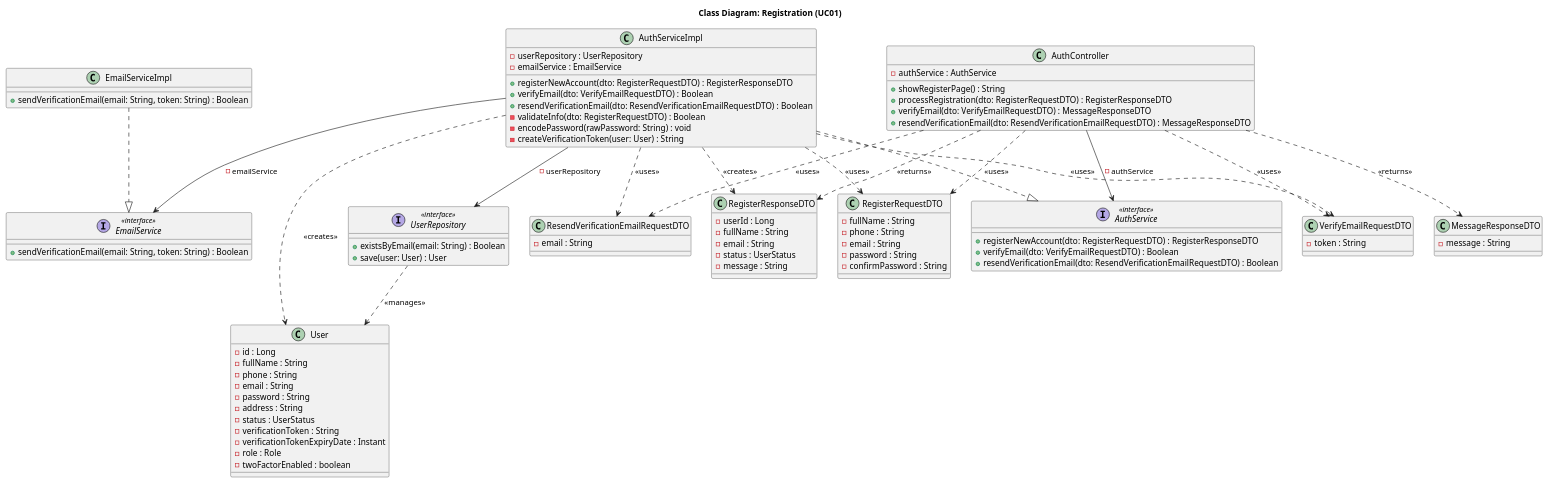
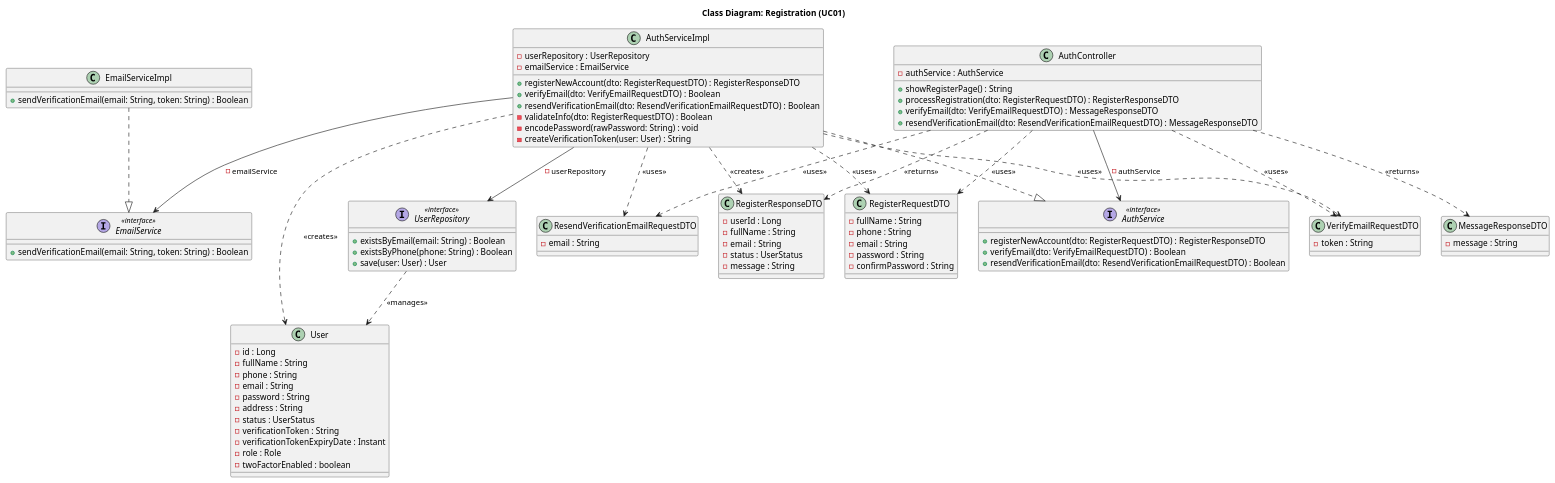
One commit to Peterdir/fashion-store-system changed the diagram in src/main/java/org/example/fashionstoresystem/uml/Class/CD01_Registration.puml. Above: the diagram before and after it, drawn with PlantUML. The commit also changed 28 other files, not shown here.

```diff
--- a/src/main/java/org/example/fashionstoresystem/uml/Class/CD01_Registration.puml
+++ b/src/main/java/org/example/fashionstoresystem/uml/Class/CD01_Registration.puml
@@ -1,119 +1,120 @@
 @startuml
 title Class Diagram: Registration (UC01)
 
 ' Controller
 
 class AuthController {
     - authService : AuthService
     + showRegisterPage() : String
     + processRegistration(dto: RegisterRequestDTO) : RegisterResponseDTO
     + verifyEmail(dto: VerifyEmailRequestDTO) : MessageResponseDTO
     + resendVerificationEmail(dto: ResendVerificationEmailRequestDTO) : MessageResponseDTO
 }
 
 'Service
 
 interface AuthService <<interface>> {
     + registerNewAccount(dto: RegisterRequestDTO) : RegisterResponseDTO
     + verifyEmail(dto: VerifyEmailRequestDTO) : Boolean
     + resendVerificationEmail(dto: ResendVerificationEmailRequestDTO) : Boolean
 }
 
 class AuthServiceImpl {
     - userRepository : UserRepository
     - emailService : EmailService
     + registerNewAccount(dto: RegisterRequestDTO) : RegisterResponseDTO
     + verifyEmail(dto: VerifyEmailRequestDTO) : Boolean
     + resendVerificationEmail(dto: ResendVerificationEmailRequestDTO) : Boolean
     - validateInfo(dto: RegisterRequestDTO) : Boolean
     - encodePassword(rawPassword: String) : void
     - createVerificationToken(user: User) : String
 }
 
 interface EmailService <<interface>> {
     + sendVerificationEmail(email: String, token: String) : Boolean
 }
 
 class EmailServiceImpl {
     + sendVerificationEmail(email: String, token: String) : Boolean
 }
 
 ' Repository
 
 interface UserRepository <<interface>> {
     + existsByEmail(email: String) : Boolean
+    + existsByPhone(phone: String) : Boolean
     + save(user: User) : User
 }
 
 
 ' DTO
 
 class RegisterRequestDTO {
     - fullName : String
     - phone : String
     - email : String
     - password : String
     - confirmPassword : String
 }
 
 class RegisterResponseDTO {
     - userId : Long
     - fullName : String
     - email : String
     - status : UserStatus
     - message : String
 }
 
 class VerifyEmailRequestDTO {
     - token : String
 }
 
 class ResendVerificationEmailRequestDTO {
     - email : String
 }
 
 class MessageResponseDTO {
     - message : String
 }
 
 ' Entity
 
 class User {
     - id : Long
     - fullName : String
     - phone : String
     - email : String
     - password : String
     - address : String
     - status : UserStatus
     - verificationToken : String
     - verificationTokenExpiryDate : Instant
     - role : Role
     - twoFactorEnabled : boolean
 }
 
 ' Relationships
 
 ' Class implement Interface
 AuthServiceImpl ..|> AuthService
 EmailServiceImpl ..|> EmailService
 
 ' Dependency Injection
 AuthController --> AuthService : - authService
 AuthServiceImpl --> UserRepository : - userRepository
 AuthServiceImpl --> EmailService : - emailService
 
 ' Object Usage
 AuthController ..> RegisterRequestDTO : <<uses>>
 AuthController ..> RegisterResponseDTO : <<returns>>
 AuthController ..> VerifyEmailRequestDTO : <<uses>>
 AuthController ..> ResendVerificationEmailRequestDTO : <<uses>>
 AuthController ..> MessageResponseDTO : <<returns>>
 
 AuthServiceImpl ..> RegisterRequestDTO : <<uses>>
 AuthServiceImpl ..> RegisterResponseDTO : <<creates>>
 AuthServiceImpl ..> VerifyEmailRequestDTO : <<uses>>
 AuthServiceImpl ..> ResendVerificationEmailRequestDTO : <<uses>>
 AuthServiceImpl ..> User : <<creates>>
 UserRepository ..> User : <<manages>>
 @enduml
```
